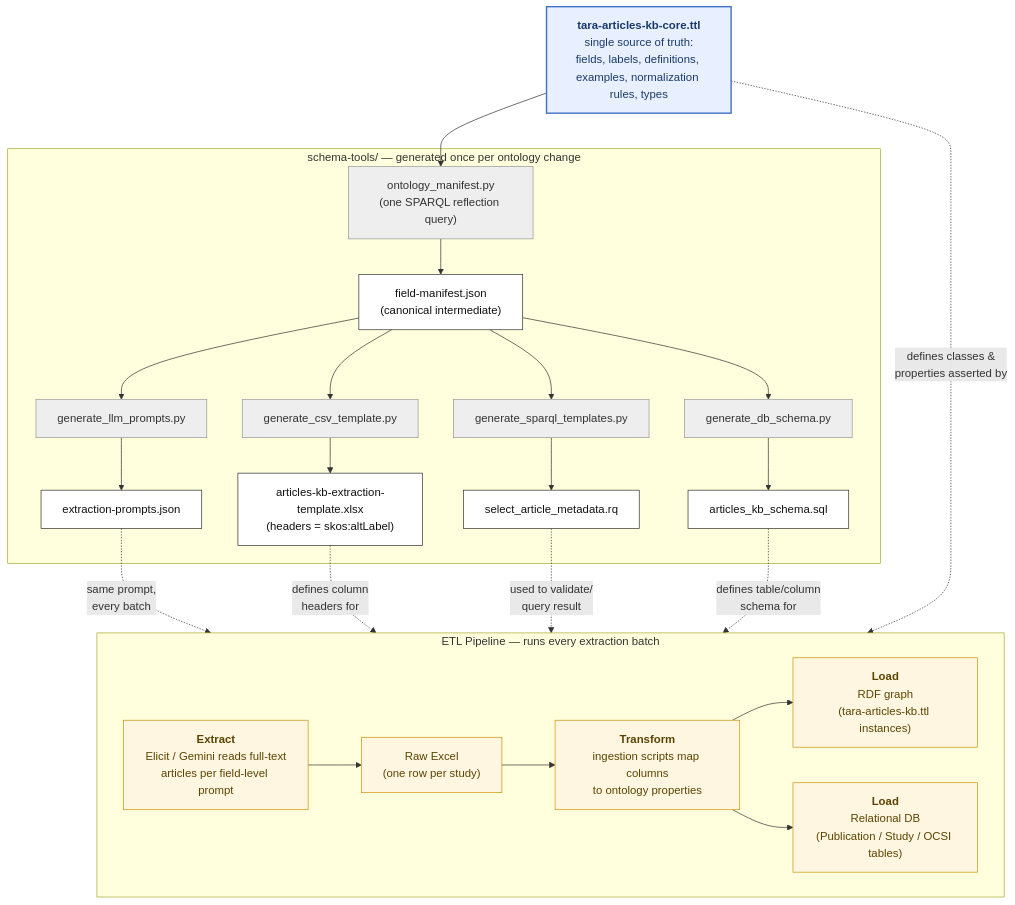
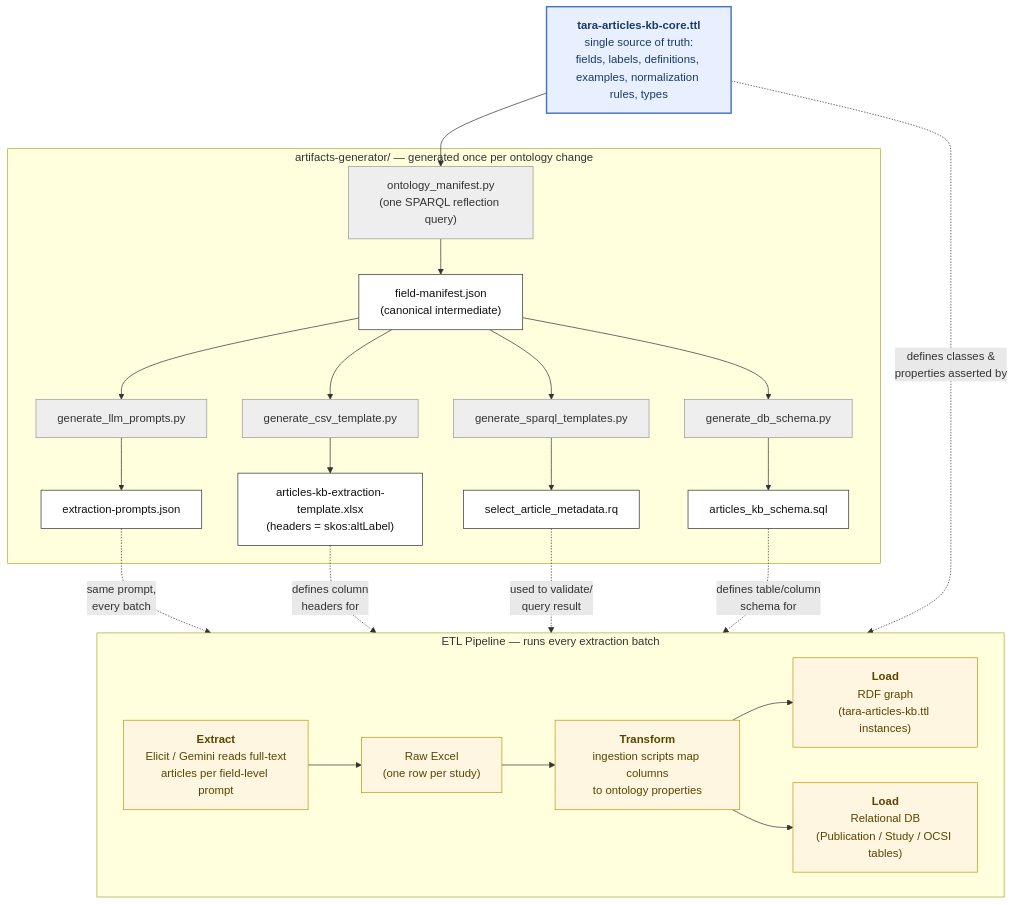
Before and after one commit to smtifahim/TARA-Ontology-Repository: the first of 7 diagrams in ontology-files/base/articles-kb/articles-kb-core/README.md, drawn with Mermaid. The commit also changed other lines of this file and 15 other files, not shown here.

````diff
--- a/ontology-files/base/articles-kb/articles-kb-core/README.md
+++ b/ontology-files/base/articles-kb/articles-kb-core/README.md
@@ -23,50 +23,50 @@
 ```mermaid
 flowchart TB
     classDef core fill:#e8f0ff,stroke:#4472c4,stroke-width:2px,color:#1a3a6b
     classDef gen fill:#eee,stroke:#999,color:#333
     classDef artifact fill:#ffffff,stroke:#333,color:#111
     classDef stage fill:#fef6e0,stroke:#c9960c,color:#5c4400
 
     TTL["<b>tara-articles-kb-core.ttl</b><br/>single source of truth:<br/>fields, labels, definitions, <br/>examples, normalization rules, types"]:::core
 
-    subgraph BUILD["schema-tools/ — generated once per ontology change"]
+    subgraph BUILD["artifacts-generator/ — generated once per ontology change"]
         REFLECT["ontology_manifest.py<br/>(one SPARQL reflection query)"]:::gen
         MANIFEST["field-manifest.json<br/>(canonical intermediate)"]:::artifact
         PROMPT_GEN["generate_llm_prompts.py"]:::gen
         CSV_GEN["generate_csv_template.py"]:::gen
         SPARQL_GEN["generate_sparql_templates.py"]:::gen
         DB_GEN["generate_db_schema.py"]:::gen
 
         PROMPTS["extraction-prompts.json"]:::artifact
         CSV["articles-kb-extraction-template.xlsx<br/>(headers = skos:altLabel)"]:::artifact
         SPARQL["select_article_metadata.rq"]:::artifact
         DDL["articles_kb_schema.sql"]:::artifact
 
         REFLECT --> MANIFEST
         MANIFEST --> PROMPT_GEN --> PROMPTS
         MANIFEST --> CSV_GEN --> CSV
         MANIFEST --> SPARQL_GEN --> SPARQL
         MANIFEST --> DB_GEN --> DDL
     end
 
     TTL --> REFLECT
 
     subgraph RUN["ETL Pipeline — runs every extraction batch"]
         direction LR
         EXTRACT["<b>Extract</b><br/>Elicit / Gemini reads full-text<br/>articles per field-level prompt"]:::stage
         RAW["Raw Excel<br/>(one row per study)"]:::stage
         TRANSFORM["<b>Transform</b><br/>ingestion scripts map columns<br/>to ontology properties"]:::stage
         LOADG["<b>Load</b><br/>RDF graph<br/>(tara-articles-kb.ttl instances)"]:::stage
         LOADD["<b>Load</b><br/>Relational DB<br/>(Publication / Study / OCSI tables)"]:::stage
     end
 
     PROMPTS -. "same prompt,<br/>every batch" .-> EXTRACT
     EXTRACT --> RAW
     CSV -. "defines column<br/>headers for" .-> RAW
     RAW --> TRANSFORM
     SPARQL -. "used to validate/<br/>query result" .-> LOADG
     TTL -. "defines classes &<br/>properties asserted by" .-> TRANSFORM
     TRANSFORM --> LOADG
     TRANSFORM --> LOADD
     DDL -. "defines table/column<br/>schema for" .-> LOADD
 ```
````
